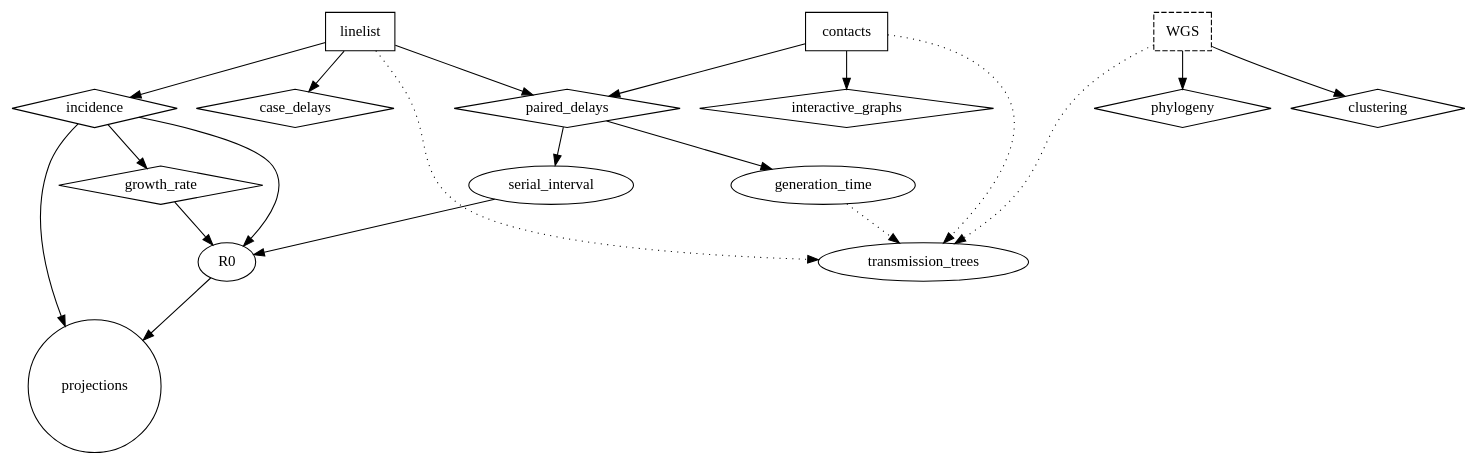
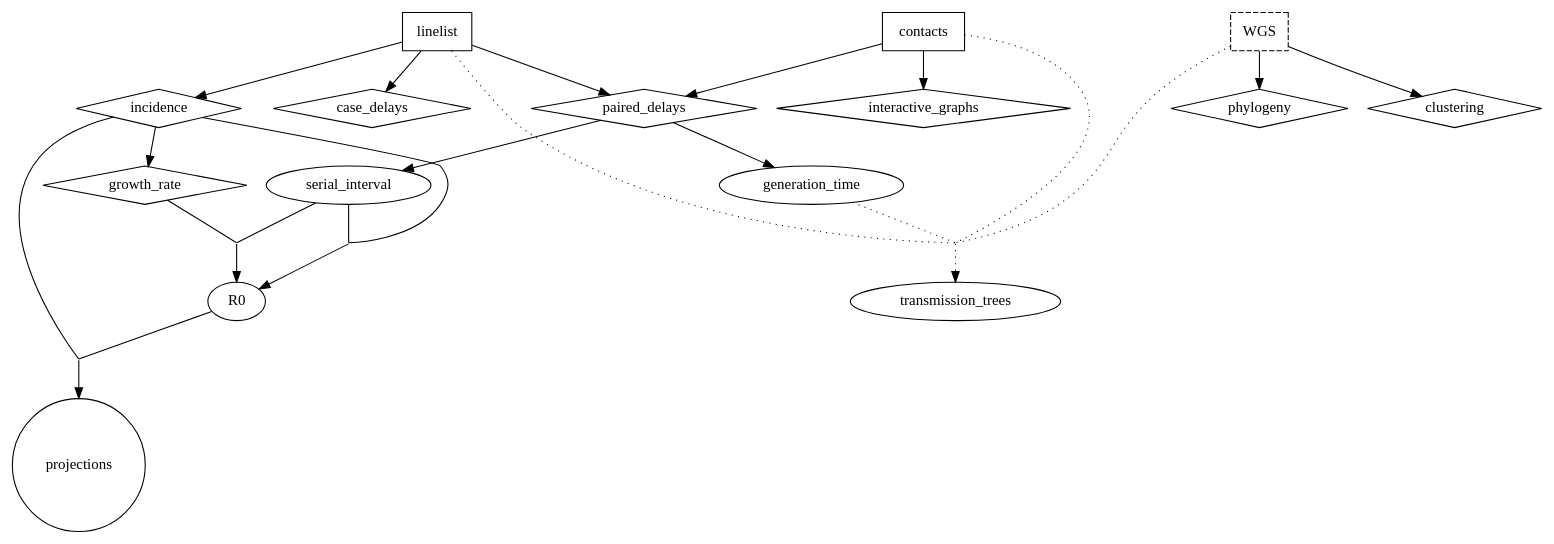
The diagram in figure2.dot (zkamvar/challenges-manuscript), drawn with Graphviz before and after one commit. The commit also changed other lines of this file and 1 other file, not shown here.

Commit message:
update graph to include connections

```diff
--- a/figure2.dot
+++ b/figure2.dot
@@ -1,39 +1,69 @@
 digraph G {
 	node[shape="box"]
-		linelist; contacts
+		linelist;
+		contacts;
+		
 	node[shape="box", style = "dashed"]
 		WGS;
+		
 	node[shape="diamond", style="solid"]
-	incidence; growth_rate; phylogeny; clustering; case_delays; paired_delays; interactive_graphs;
+		incidence;
+		growth_rate;
+		phylogeny;
+		clustering;
+		case_delays;
+		paired_delays;
+		interactive_graphs;
+		
 	node[shape="oval"]
-		R0; serial_interval; generation_time; transmission_trees;
+		R0;
+		serial_interval;
+		generation_time;
+		transmission_trees;
+
 	node[shape="circle"]
 		projections;
+		
+	node[shape = "none", width = 0, height = 0, label = ""]
+		GrR0;
+		InRO;
+		R0P;
+		TT;
+		
 	node[shape="box", style = "invis"]
 		background;
 
 	linelist -> incidence;
 	incidence -> growth_rate;
-	incidence -> R0;
-	incidence -> projections;
-	growth_rate -> R0;
-	R0 -> projections;
+
+	incidence       -> InR0 [arrowhead = "none"];
+        serial_interval -> InR0 [arrowhead = "none"];
+	InR0            -> R0;
+
+	growth_rate     -> GrR0 [arrowhead = "none"];
+	serial_interval -> GrR0 [arrowhead = "none"];
+	GrR0            -> R0;
+
+	R0        -> R0P [arrowhead = "none"];
+	incidence -> R0P [arrowhead = "none"];
+	R0P       -> projections;
 	
 	linelist -> case_delays;
 	linelist -> paired_delays;
 	
 	contacts -> interactive_graphs;
 	contacts -> paired_delays;
 	paired_delays -> generation_time;
 	paired_delays -> serial_interval;
-	serial_interval -> R0;
 	
 	WGS -> phylogeny;
 	WGS -> clustering;
-	WGS -> transmission_trees [ style="dotted" ];
-	linelist -> transmission_trees [ style="dotted" ];
-	contacts -> transmission_trees [ style="dotted" ];
-	generation_time -> transmission_trees [ style="dotted" ];
+
+	WGS             -> TT [ style="dotted", arrowhead="none" ];
+	linelist        -> TT [ style="dotted", arrowhead="none" ];
+	contacts        -> TT [ style="dotted", arrowhead="none" ];
+	generation_time -> TT [ style="dotted", arrowhead="none" ];
+	TT              -> transmission_trees [ style = "dotted" ];
 	
 	{rank = "same"; contacts, linelist, WGS, background}
 }
```
